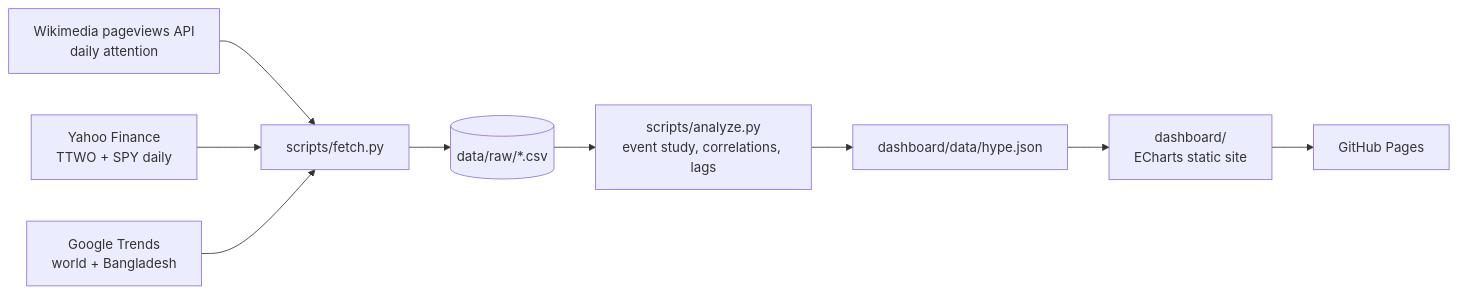
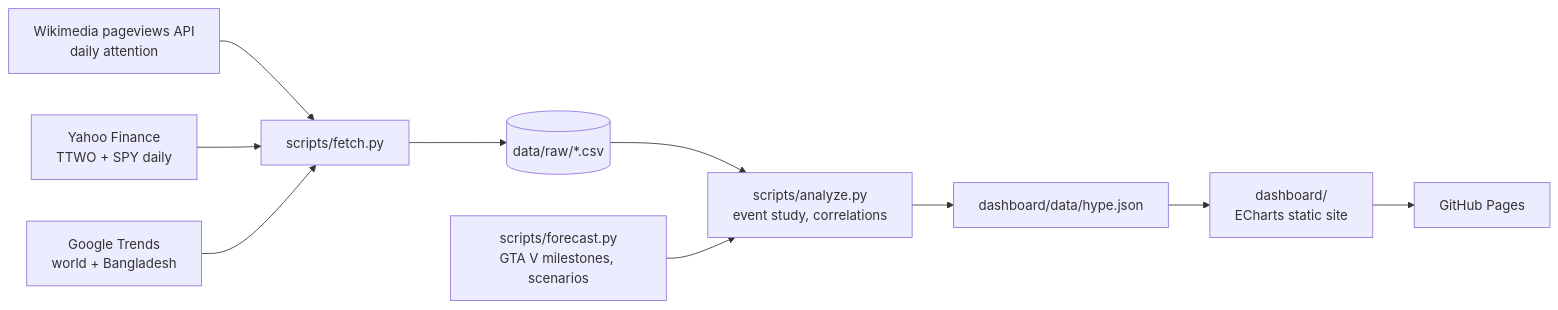
Before and after one commit to ZubayerOjhor/leonida-hype-index: the diagram in README.md, drawn with Mermaid. The commit also changed other lines of this file and 7 other files, not shown here.

First line of the commit message:
Final story: did GTA VI print money? Day-one sales, 2026-2035 scenarios, plain charts

````diff
--- a/README.md
+++ b/README.md
@@ -43,11 +68,12 @@
 ```mermaid
 flowchart LR
   A[Wikimedia pageviews API<br>daily attention] --> F[scripts/fetch.py]
   B[Yahoo Finance<br>TTWO + SPY daily] --> F
   C[Google Trends<br>world + Bangladesh] --> F
   F --> R[(data/raw/*.csv)]
-  R --> N[scripts/analyze.py<br>event study, correlations, lags]
+  R --> N[scripts/analyze.py<br>event study, correlations]
+  G[scripts/forecast.py<br>GTA V milestones, scenarios] --> N
   N --> J[dashboard/data/hype.json]
   J --> D[dashboard/<br>ECharts static site]
   D --> P[GitHub Pages]
 ```
````
